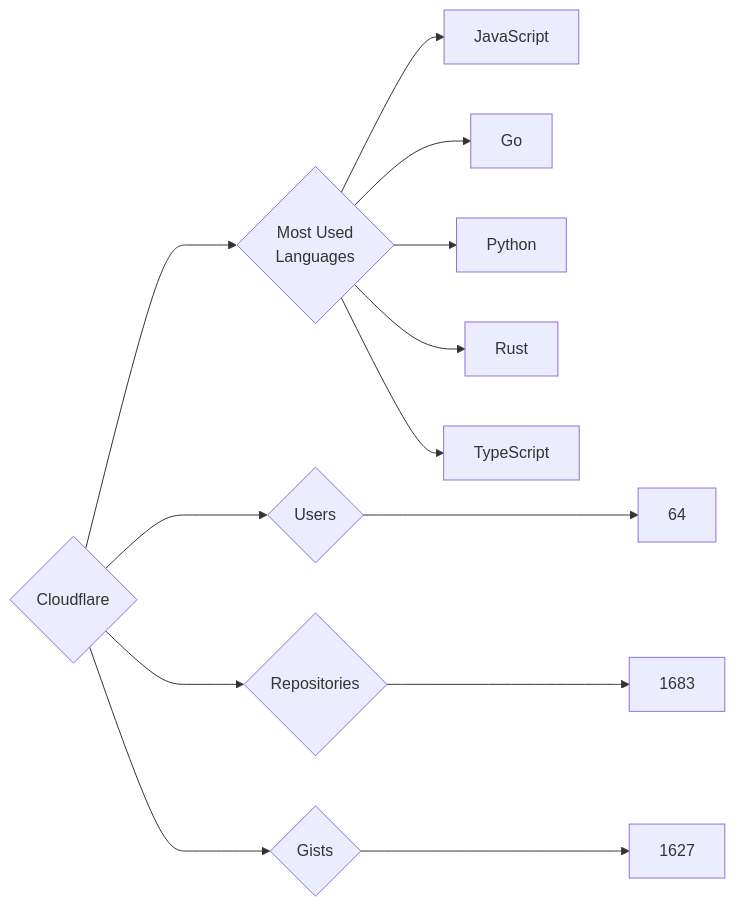
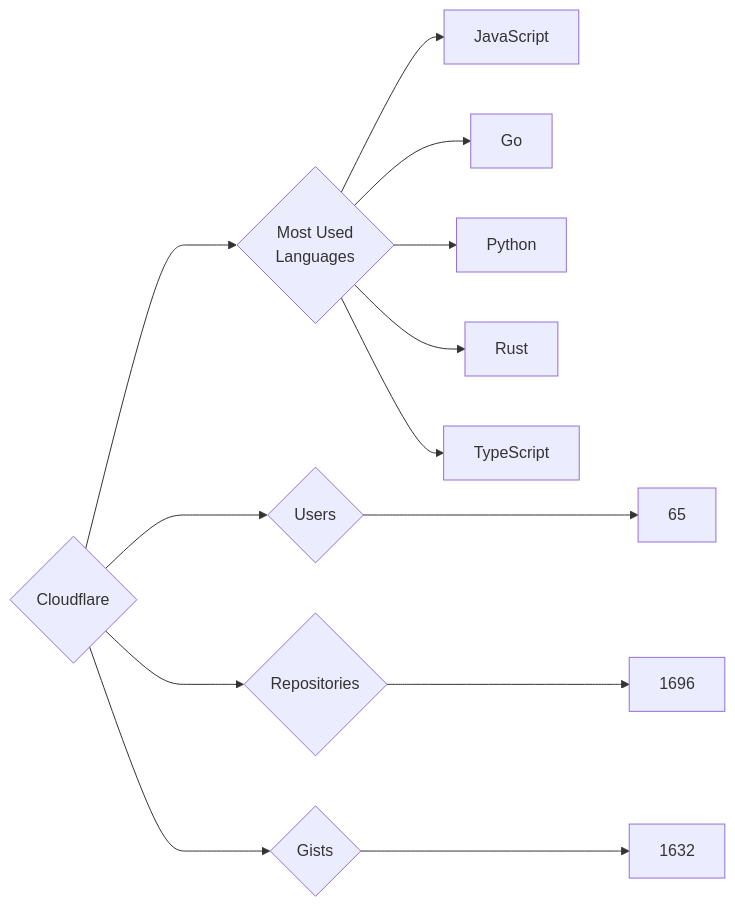
One commit to trickest/insiders changed the diagram in targets/Cloudflare/README.md. Above: the diagram before and after it, drawn with Mermaid. The commit also changed 809 other files, not shown here.

````diff
--- a/targets/Cloudflare/README.md
+++ b/targets/Cloudflare/README.md
@@ -3,13 +3,13 @@
 ```mermaid
 graph LR
 COMPANY_NAME{Cloudflare}
-COMPANY_NAME ---> U{Users} ---> UN[64]
-COMPANY_NAME ---> R{Repositories} ---> RN[1683]
-COMPANY_NAME ---> G{Gists} ---> GN[1627]
+COMPANY_NAME ---> U{Users} ---> UN[65]
+COMPANY_NAME ---> R{Repositories} ---> RN[1696]
+COMPANY_NAME ---> G{Gists} ---> GN[1632]
 COMPANY_NAME ---> ML{Most Used<br>Languages}
 ML --> JavaScript[JavaScript]
 ML --> Go[Go]
 ML --> Python[Python]
 ML --> Rust[Rust]
 ML --> TypeScript[TypeScript]
 ```
````
